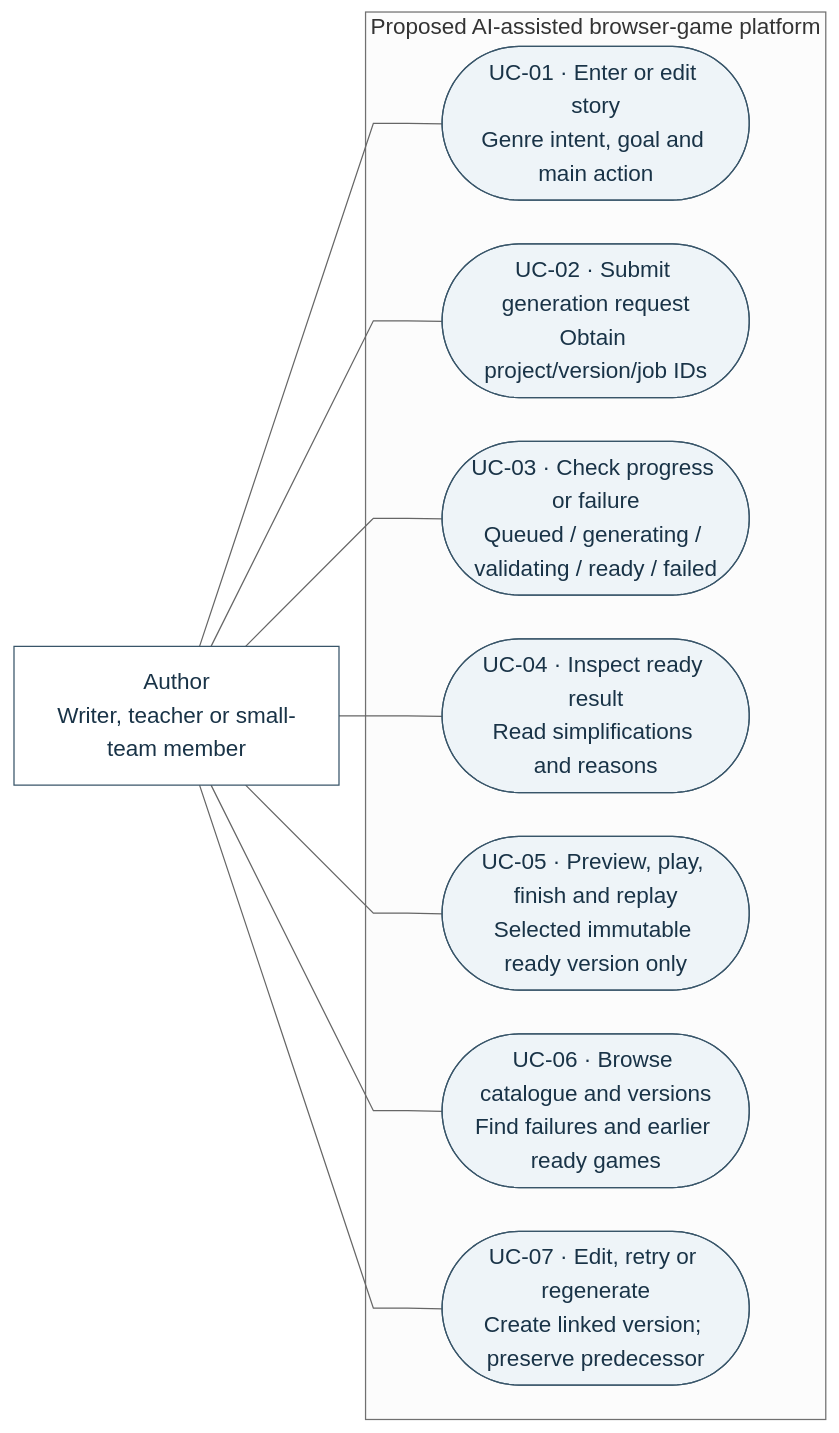
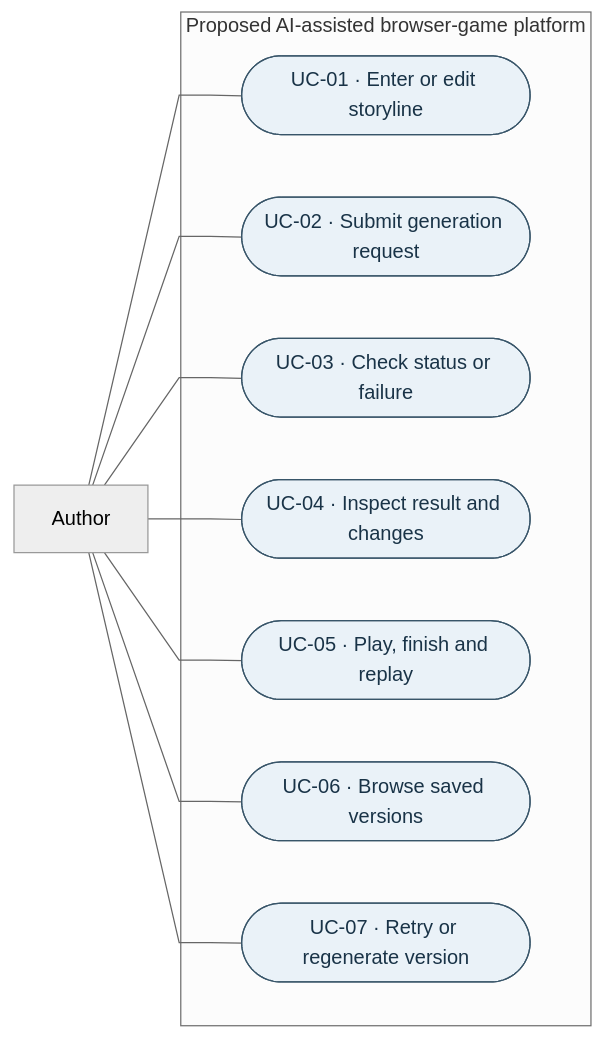
The diagram in diagrams/use-case.mmd (lastnurik/diploma), drawn with Mermaid before and after one commit. The commit also changed 14 other files, not shown here.

```diff
--- a/diagrams/use-case.mmd
+++ b/diagrams/use-case.mmd
@@ -1,42 +1,34 @@
 ---
 config:
   theme: neutral
-  fontFamily: Arial
-  themeVariables:
-    fontFamily: Arial, Helvetica, sans-serif
-    fontSize: 18px
   flowchart:
     htmlLabels: false
     curve: linear
-    nodeSpacing: 35
-    rankSpacing: 55
 ---
-%% Proposed author goals; associations are not execution-order arrows.
-%% UC identifiers correspond to docs/use-cases.md; system responsibilities are in component.mmd.
+%% Proposed author goals; the seven plain associations are not execution-order arrows.
+%% Detailed states and acceptance conditions remain in docs/use-cases.md.
 flowchart LR
-  accTitle: Author use cases — proposed design
-  accDescr: One author is associated with seven goals: enter story, submit a request, inspect progress or failure, inspect a ready result and simplifications, play and finish, browse versions, and deliberately regenerate a linked version. Associations do not imply execution order.
-    author["Author<br/>Writer, teacher or small-team member"]
+  accTitle: Proposed author use cases
+  accDescr: The author can enter a storyline, submit generation, check status or failure, inspect the result and changes, play through an ending, browse saved versions, and retry or regenerate as a linked version.
 
-    subgraph system["Proposed AI-assisted browser-game platform"]
-        uc01(["UC-01 · Enter or edit story<br/>Genre intent, goal and main action"])
-        uc02(["UC-02 · Submit generation request<br/>Obtain project/version/job IDs"])
-        uc03(["UC-03 · Check progress or failure<br/>Queued / generating / validating / ready / failed"])
-        uc04(["UC-04 · Inspect ready result<br/>Read simplifications and reasons"])
-        uc05(["UC-05 · Preview, play, finish and replay<br/>Selected immutable ready version only"])
-        uc06(["UC-06 · Browse catalogue and versions<br/>Find failures and earlier ready games"])
-        uc07(["UC-07 · Edit, retry or regenerate<br/>Create linked version; preserve predecessor"])
-    end
+  AUTHOR["Author"]
+  subgraph PLATFORM["Proposed AI-assisted browser-game platform"]
+    UC01(["UC-01 · Enter or edit storyline"])
+    UC02(["UC-02 · Submit generation request"])
+    UC03(["UC-03 · Check status or failure"])
+    UC04(["UC-04 · Inspect result and changes"])
+    UC05(["UC-05 · Play, finish and replay"])
+    UC06(["UC-06 · Browse saved versions"])
+    UC07(["UC-07 · Retry or regenerate version"])
+  end
 
-    author --- uc01
-    author --- uc02
-    author --- uc03
-    author --- uc04
-    author --- uc05
-    author --- uc06
-    author --- uc07
+  AUTHOR --- UC01
+  AUTHOR --- UC02
+  AUTHOR --- UC03
+  AUTHOR --- UC04
+  AUTHOR --- UC05
+  AUTHOR --- UC06
+  AUTHOR --- UC07
 
-    classDef actor fill:#fff,stroke:#385569,color:#193347;
-    classDef goal fill:#eef4f8,stroke:#385569,color:#193347;
-    class author actor;
-    class uc01,uc02,uc03,uc04,uc05,uc06,uc07 goal;
+  classDef goal fill:#eaf2f8,stroke:#385569,color:#193347;
+  class UC01,UC02,UC03,UC04,UC05,UC06,UC07 goal;
```
